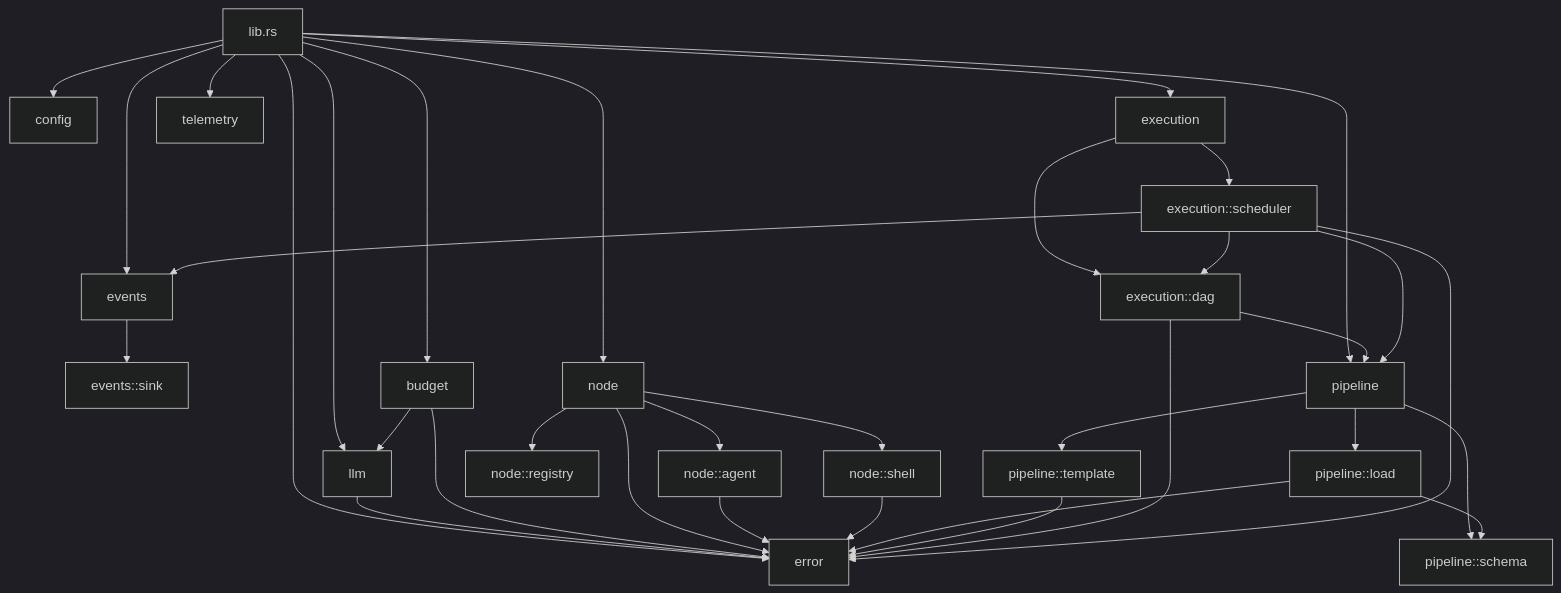
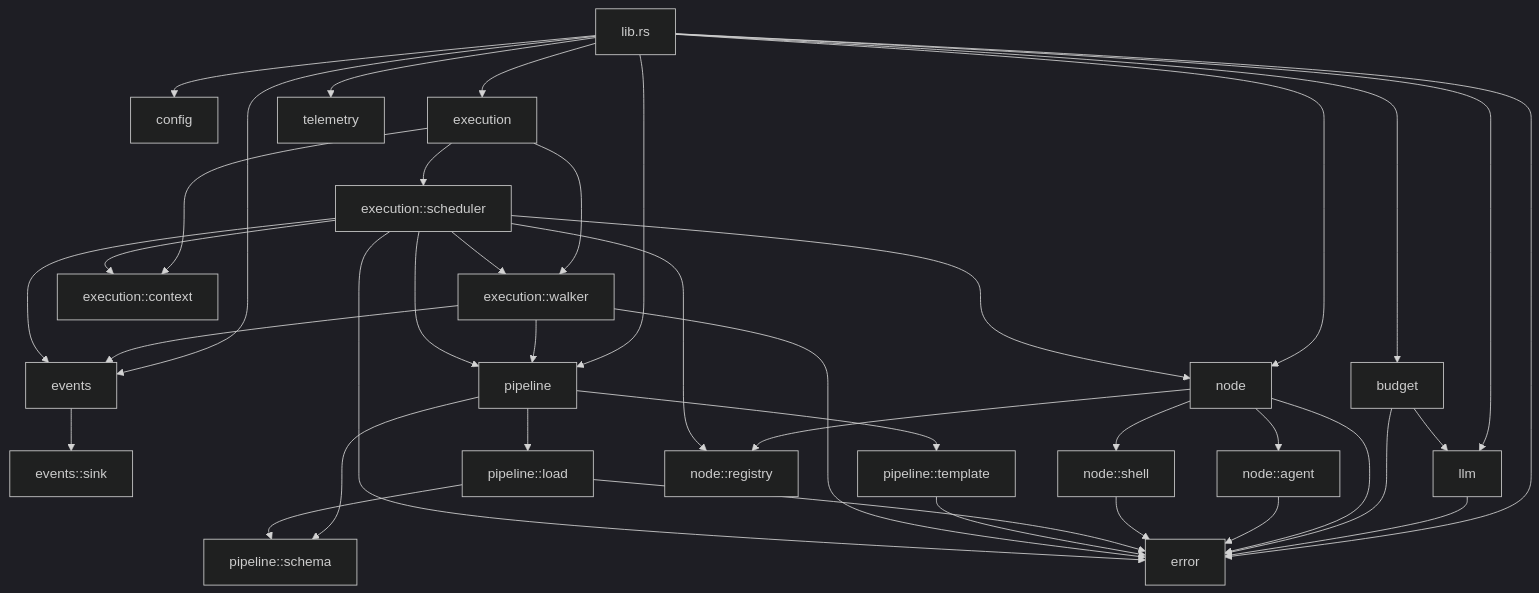
Before and after one commit to DoctorMozg/orno: the second of 11 diagrams in docs/flows.md, drawn with Mermaid (dark theme). The commit also changed other lines of this file and 34 other files, not shown here.

Commit message:
Basic tempaltes and graph

````diff
--- a/docs/flows.md
+++ b/docs/flows.md
@@ -36,61 +38,67 @@
 ```mermaid
 graph TD
     lib[lib.rs]
     error[error]
     config[config]
     events[events]
     events_sink[events::sink]
     llm[llm]
     budget[budget]
     node[node]
     node_agent["node::agent"]
     node_shell["node::shell"]
     node_reg["node::registry"]
     pipeline[pipeline]
     pipe_schema["pipeline::schema"]
     pipe_load["pipeline::load"]
     pipe_tpl["pipeline::template"]
     exec[execution]
-    exec_dag["execution::dag"]
+    exec_walker["execution::walker"]
+    exec_context["execution::context"]
     exec_sched["execution::scheduler"]
     telemetry[telemetry]
 
     lib --> error
     lib --> config
     lib --> events
     lib --> llm
     lib --> budget
     lib --> node
     lib --> pipeline
     lib --> exec
     lib --> telemetry
 
     events --> events_sink
 
     llm --> error
     budget --> error
     budget --> llm
 
     node --> error
     node --> node_agent
     node --> node_shell
     node --> node_reg
     node_agent --> error
     node_shell --> error
 
     pipeline --> pipe_schema
     pipeline --> pipe_load
     pipeline --> pipe_tpl
     pipe_load --> pipe_schema
     pipe_load --> error
     pipe_tpl --> error
 
-    exec --> exec_dag
+    exec --> exec_walker
+    exec --> exec_context
     exec --> exec_sched
-    exec_dag --> pipeline
-    exec_dag --> error
+    exec_walker --> pipeline
+    exec_walker --> events
+    exec_walker --> error
     exec_sched --> events
     exec_sched --> pipeline
     exec_sched --> error
-    exec_sched --> exec_dag
+    exec_sched --> exec_walker
+    exec_sched --> exec_context
+    exec_sched --> node
+    exec_sched --> node_reg
 ```
````
